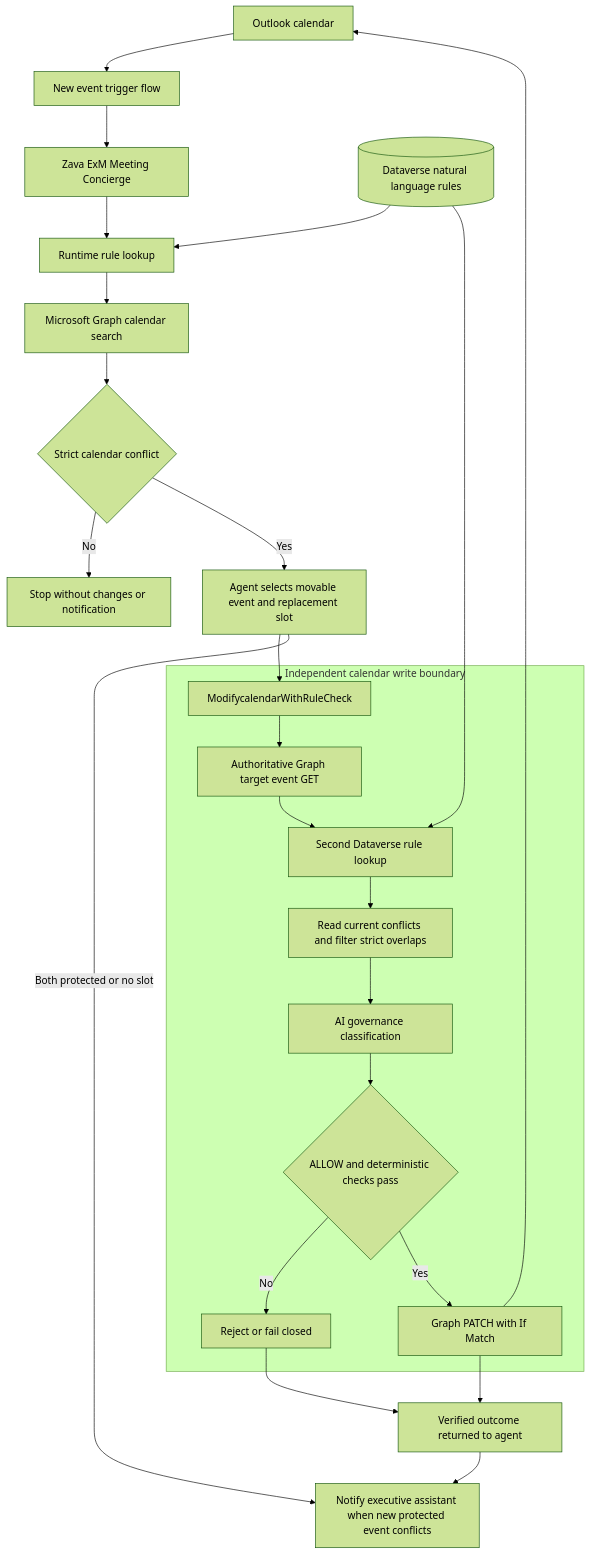
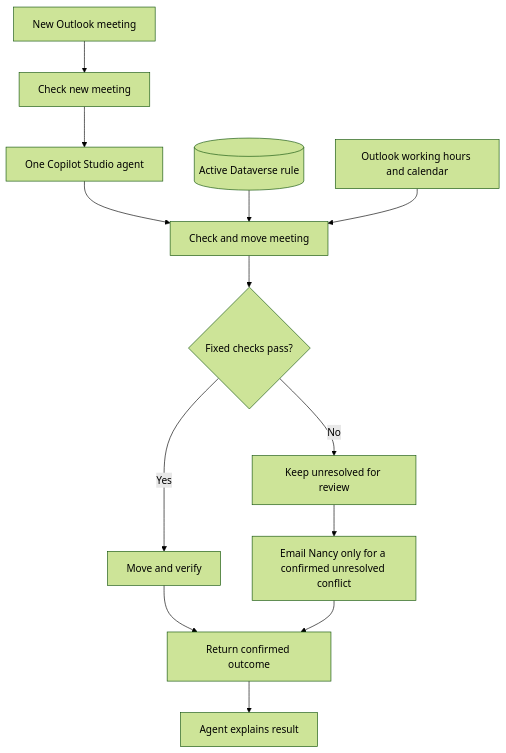
One commit to aandino-zava/zava-exm-meeting-concierge changed the diagram in README.md. Above: the diagram before and after it, drawn with Mermaid (forest theme). The commit also changed other lines of this file and 42 other files, not shown here.

Commit message:
Use fixed calendar checks and simplify the Dev agent path

````diff
--- a/README.md
+++ b/README.md
@@ -32,27 +17,15 @@
 ```mermaid
 flowchart TD
-    O[Outlook calendar] --> T[New event trigger flow]
-    T --> A[Zava ExM Meeting Concierge]
-    A --> R[Runtime rule lookup]
-    D[(Dataverse natural language rules)] --> R
-    R --> G[Microsoft Graph calendar search]
-    G --> C{Strict calendar conflict}
-    C -->|No| N[Stop without changes or notification]
-    C -->|Yes| P[Agent selects movable event and replacement slot]
-    P --> K[ModifycalendarWithRuleCheck]
-    subgraph Gatekeeper [Independent calendar write boundary]
-      K --> E[Authoritative Graph target event GET]
-      E --> R2[Second Dataverse rule lookup]
-      R2 --> V[Read current conflicts and filter strict overlaps]
-      V --> AI[AI governance classification]
-      AI --> Q{ALLOW and deterministic checks pass}
-      Q -->|No| X[Reject or fail closed]
-      Q -->|Yes| W[Graph PATCH with If Match]
-    end
-    D --> R2
-    W --> O
-    X --> OUT[Verified outcome returned to agent]
-    W --> OUT
-    OUT --> EA[Notify executive assistant when new protected event conflicts]
-    P -->|Both protected or no slot| EA
+    O[New Outlook meeting] --> T[Check new meeting]
+    T --> A[One Copilot Studio agent]
+    A --> F[Check and move meeting]
+    D[(Active Dataverse rule)] --> F
+    H[Outlook working hours and calendar] --> F
+    F --> C{Fixed checks pass?}
+    C -->|Yes| W[Move and verify]
+    C -->|No| N[Keep unresolved for review]
+    W --> R[Return confirmed outcome]
+    N --> E[Email Nancy only for a confirmed unresolved conflict]
+    E --> R
+    R --> X[Agent explains result]
 ```
````
